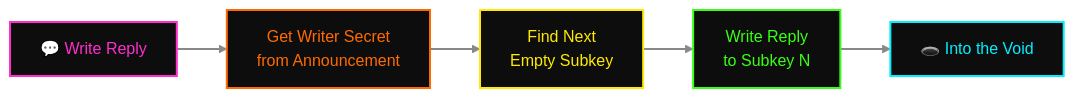
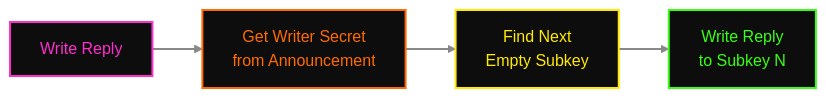
Before and after one commit to forria64/voidpost: the second of 7 diagrams in README.md, drawn with Mermaid. The commit also changed other lines of this file, not shown here.

Commit message:
docs: made 'em boring, architecture change

````diff
--- a/README.md
+++ b/README.md
@@ -261,15 +349,13 @@
 ```mermaid
 flowchart LR
-  A["💬 Write Reply"] --> B["Get Writer Secret\nfrom Announcement"]
+  A["Write Reply"] --> B["Get Writer Secret\nfrom Announcement"]
   B --> C["Find Next\nEmpty Subkey"]
   C --> D["Write Reply\nto Subkey N"]
-  D --> E["🕳️ Into the Void"]
 
   style A fill:#0d0d0d,stroke:#ff2ecc,stroke-width:2px,color:#ff2ecc
   style B fill:#0d0d0d,stroke:#ff6b00,stroke-width:2px,color:#ff6b00
   style C fill:#0d0d0d,stroke:#ffea00,stroke-width:2px,color:#ffea00
   style D fill:#0d0d0d,stroke:#39ff14,stroke-width:2px,color:#39ff14
-  style E fill:#0d0d0d,stroke:#00f0ff,stroke-width:2px,color:#00f0ff
 
   linkStyle default stroke:#888,stroke-width:2px
 ```
````
